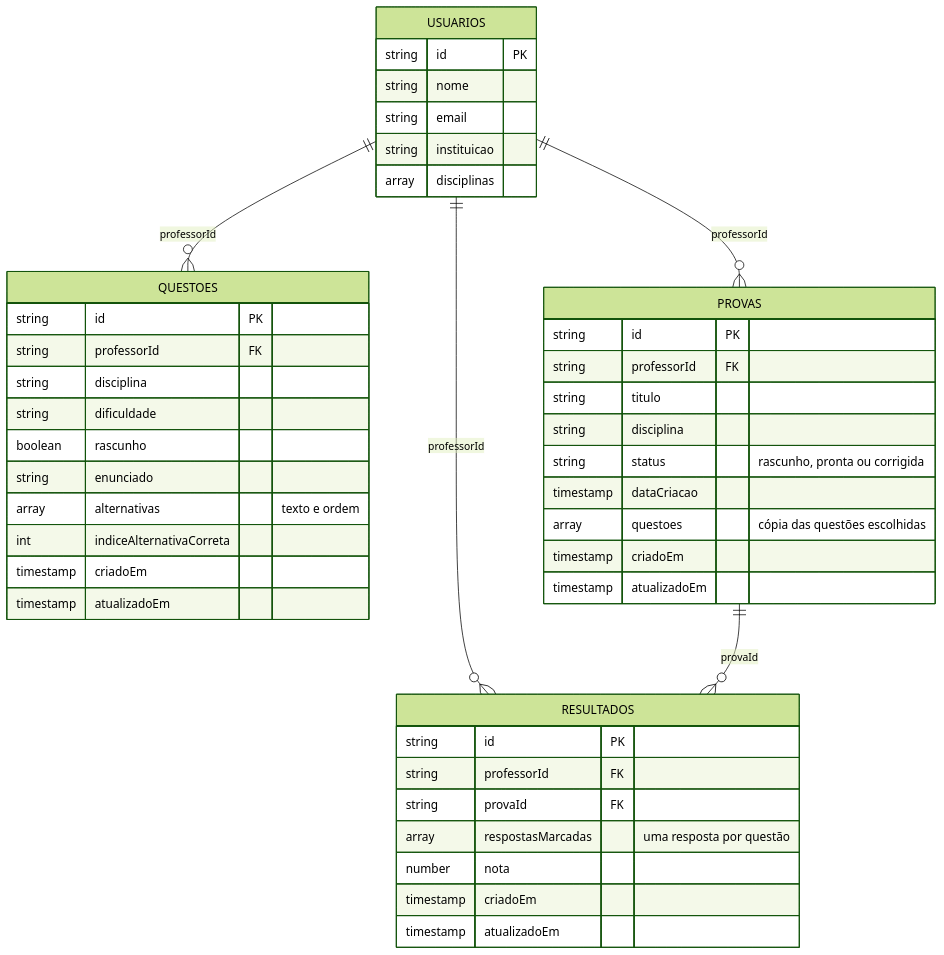
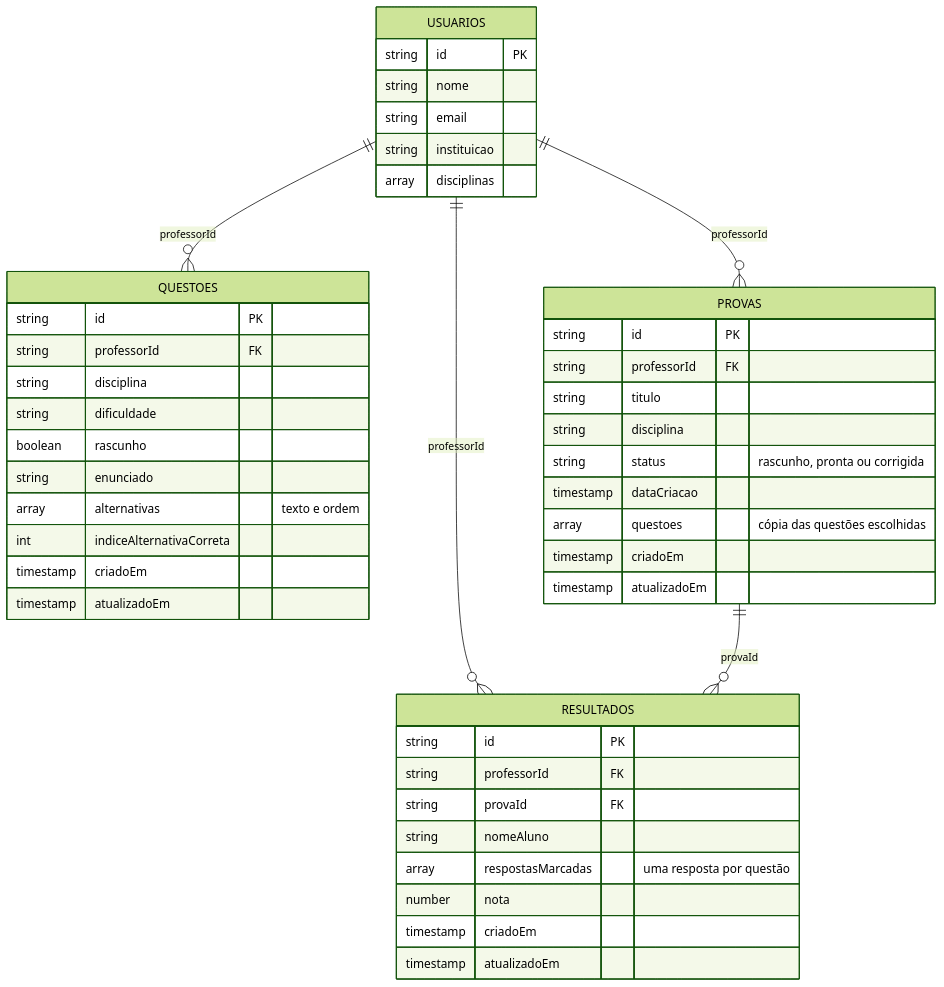
One commit to cauacozz11/app-mobile changed the diagram in docs/modelo_firestore.md. Above: the diagram before and after it, drawn with Mermaid (forest theme). The commit also changed other lines of this file and 1 other file, not shown here.

````diff
--- a/docs/modelo_firestore.md
+++ b/docs/modelo_firestore.md
@@ -7,50 +7,51 @@
 ```mermaid
 erDiagram
     USUARIOS ||--o{ QUESTOES : "professorId"
     USUARIOS ||--o{ PROVAS : "professorId"
     USUARIOS ||--o{ RESULTADOS : "professorId"
     PROVAS ||--o{ RESULTADOS : "provaId"
 
     USUARIOS {
         string id PK
         string nome
         string email
         string instituicao
         array disciplinas
     }
 
     QUESTOES {
         string id PK
         string professorId FK
         string disciplina
         string dificuldade
         boolean rascunho
         string enunciado
         array alternativas "texto e ordem"
         int indiceAlternativaCorreta
         timestamp criadoEm
         timestamp atualizadoEm
     }
 
     PROVAS {
         string id PK
         string professorId FK
         string titulo
         string disciplina
         string status "rascunho, pronta ou corrigida"
         timestamp dataCriacao
         array questoes "cópia das questões escolhidas"
         timestamp criadoEm
         timestamp atualizadoEm
     }
 
     RESULTADOS {
         string id PK
         string professorId FK
         string provaId FK
+        string nomeAluno
         array respostasMarcadas "uma resposta por questão"
         number nota
         timestamp criadoEm
         timestamp atualizadoEm
     }
 ```
````
